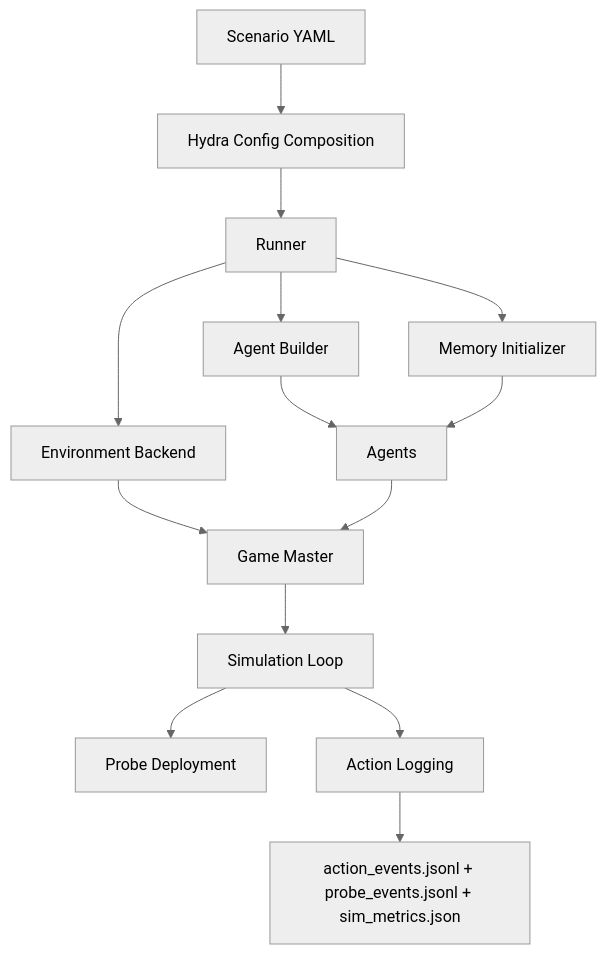
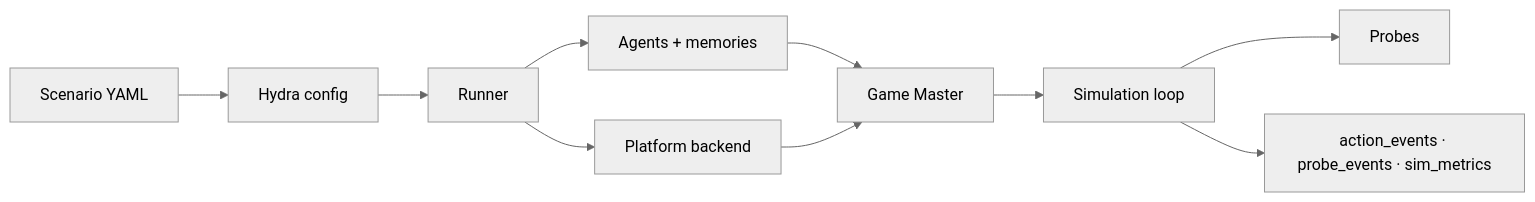
The diagram in docs/index.md (sandbox-social/silisocs), drawn with Mermaid (neutral theme) before and after one commit. The commit also changed other lines of this file and 167 other files, not shown here.

````diff
--- a/docs/index.md
+++ b/docs/index.md
@@ -118,16 +88,12 @@
 ```mermaid
-graph TD
-    A[Scenario YAML] --> B[Hydra Config Composition]
+graph LR
+    A[Scenario YAML] --> B[Hydra config]
     B --> C[Runner]
-    C --> D[Agent Builder]
-    C --> E[Memory Initializer]
-    C --> F[Environment Backend]
-    D --> G[Agents]
-    E --> G
-    F --> H[Game Master]
-    G --> H
-    H --> I[Simulation Loop]
-    I --> J[Probe Deployment]
-    I --> K[Action Logging]
-    K --> L[action_events.jsonl + probe_events.jsonl + sim_metrics.json]
+    C --> D[Agents + memories]
+    C --> E[Platform backend]
+    D --> F[Game Master]
+    E --> F
+    F --> G[Simulation loop]
+    G --> H[Probes]
+    G --> I[action_events · probe_events · sim_metrics]
 ```
````
